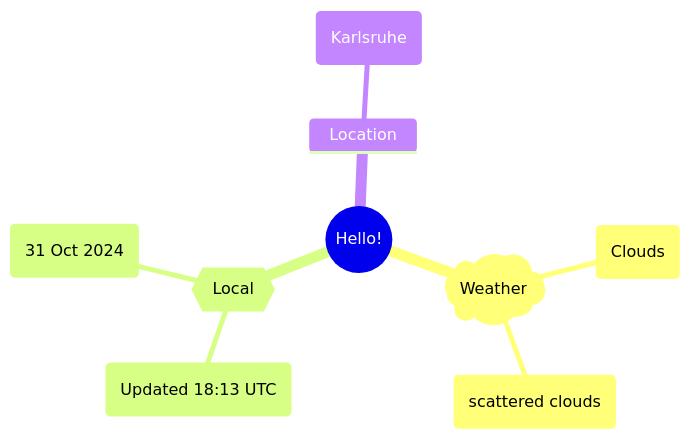
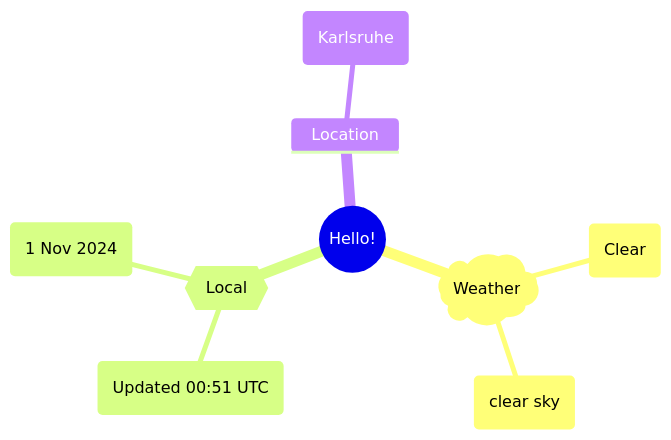
The first of 2 diagrams in README.md (Xosrov/Xosrov), drawn with Mermaid before and after one commit.

Commit message:
[bot] updated images

````diff
--- a/README.md
+++ b/README.md
@@ -3,12 +3,12 @@
 ```mermaid
 mindmap
   root((Hello!))
     )Weather(
-        (Clouds)
-        (scattered clouds)
+        (Clear)
+        (clear sky)
     {{Local}}
-        (Updated 18:13 UTC)
-        (31 Oct 2024)
+        (Updated 00:51 UTC)
+        (1 Nov 2024)
     Location
         (Karlsruhe)
 ```
````
